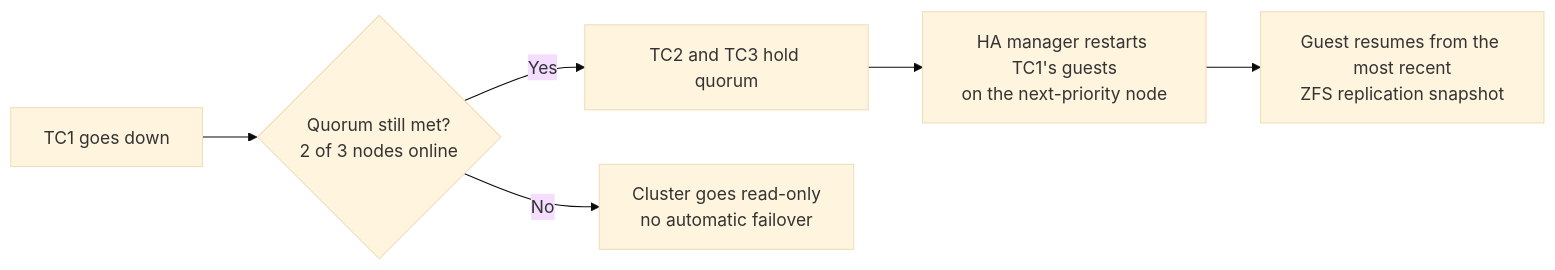
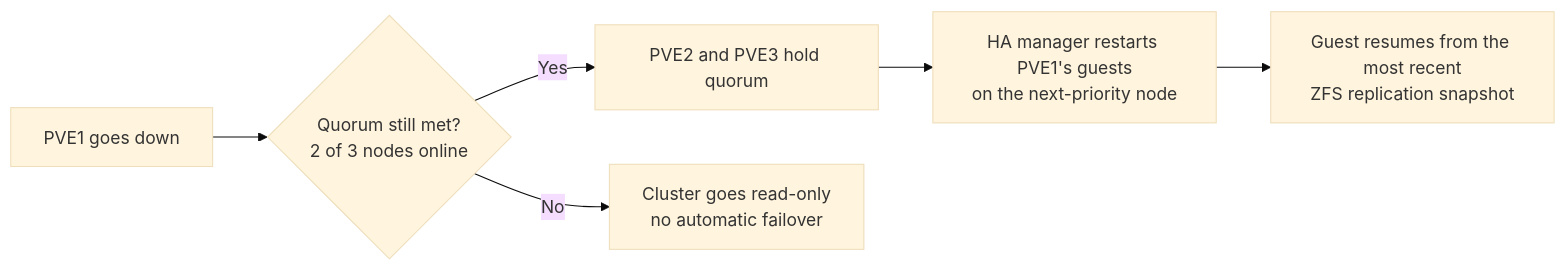
Before and after one commit to 24Skater/the-everyday-homelab: the first of 2 diagrams in README.md, drawn with Mermaid (base theme). The commit also changed other lines of this file and 9 other files, not shown here.

````diff
--- a/README.md
+++ b/README.md
@@ -192,8 +192,8 @@
 ```mermaid
 flowchart LR
-  A["TC1 goes down"] --> B{"Quorum still met?<br/>2 of 3 nodes online"}
-  B -->|"Yes"| C["TC2 and TC3 hold quorum"]
-  C --> D["HA manager restarts TC1's guests<br/>on the next-priority node"]
+  A["PVE1 goes down"] --> B{"Quorum still met?<br/>2 of 3 nodes online"}
+  B -->|"Yes"| C["PVE2 and PVE3 hold quorum"]
+  C --> D["HA manager restarts PVE1's guests<br/>on the next-priority node"]
   D --> E["Guest resumes from the most recent<br/>ZFS replication snapshot"]
   B -->|"No"| F["Cluster goes read-only<br/>no automatic failover"]
 ```
````
